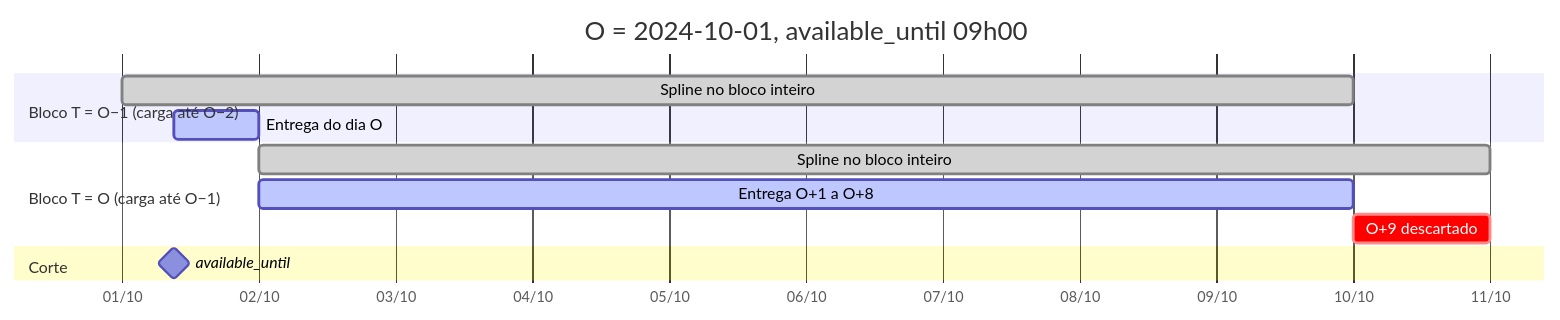
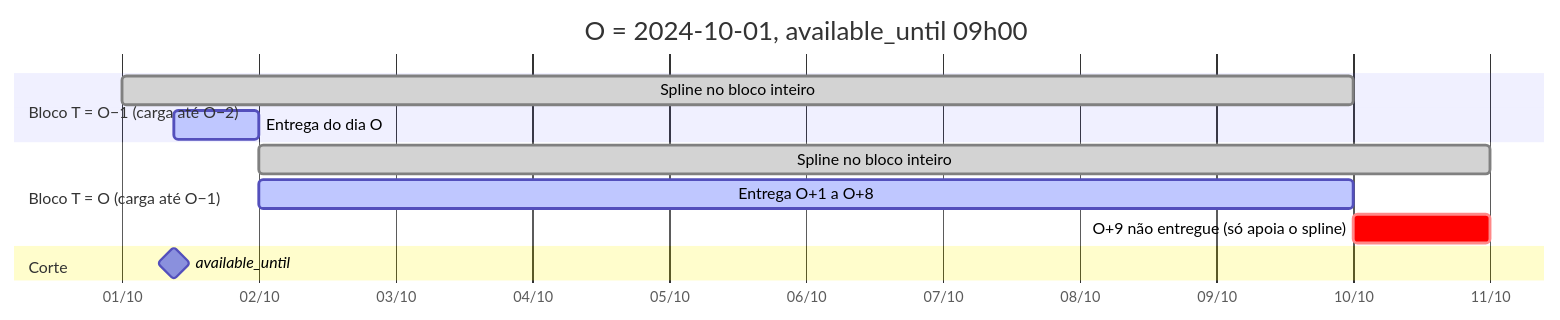
One commit to ONSBR/prevcarga changed the second of 2 diagrams in website/docs/metodologia/06-random-forest.mdx. Above: the diagram before and after it, drawn with Mermaid. The commit also changed other lines of this file and 20 other files, not shown here.

````diff
--- a/website/docs/metodologia/06-random-forest.mdx
+++ b/website/docs/metodologia/06-random-forest.mdx
@@ -215,15 +215,15 @@
 ```mermaid
 gantt
   dateFormat YYYY-MM-DD HH:mm
   axisFormat %d/%m
   title O = 2024-10-01, available_until 09h00
   section Bloco T = O−1 (carga até O−2)
   Spline no bloco inteiro        :done, b1, 2024-10-01 00:00, 2024-10-10 00:00
   Entrega do dia O               :active, e1, 2024-10-01 09:00, 2024-10-02 00:00
   section Bloco T = O (carga até O−1)
   Spline no bloco inteiro        :done, b2, 2024-10-02 00:00, 2024-10-11 00:00
   Entrega O+1 a O+8              :active, e2, 2024-10-02 00:00, 2024-10-10 00:00
-  O+9 descartado                 :crit, x2, 2024-10-10 00:00, 2024-10-11 00:00
+  O+9 não entregue (só apoia o spline) :crit, x2, 2024-10-10 00:00, 2024-10-11 00:00
   section Corte
   available_until                :milestone, m1, 2024-10-01 09:00, 0d
 ```
````
